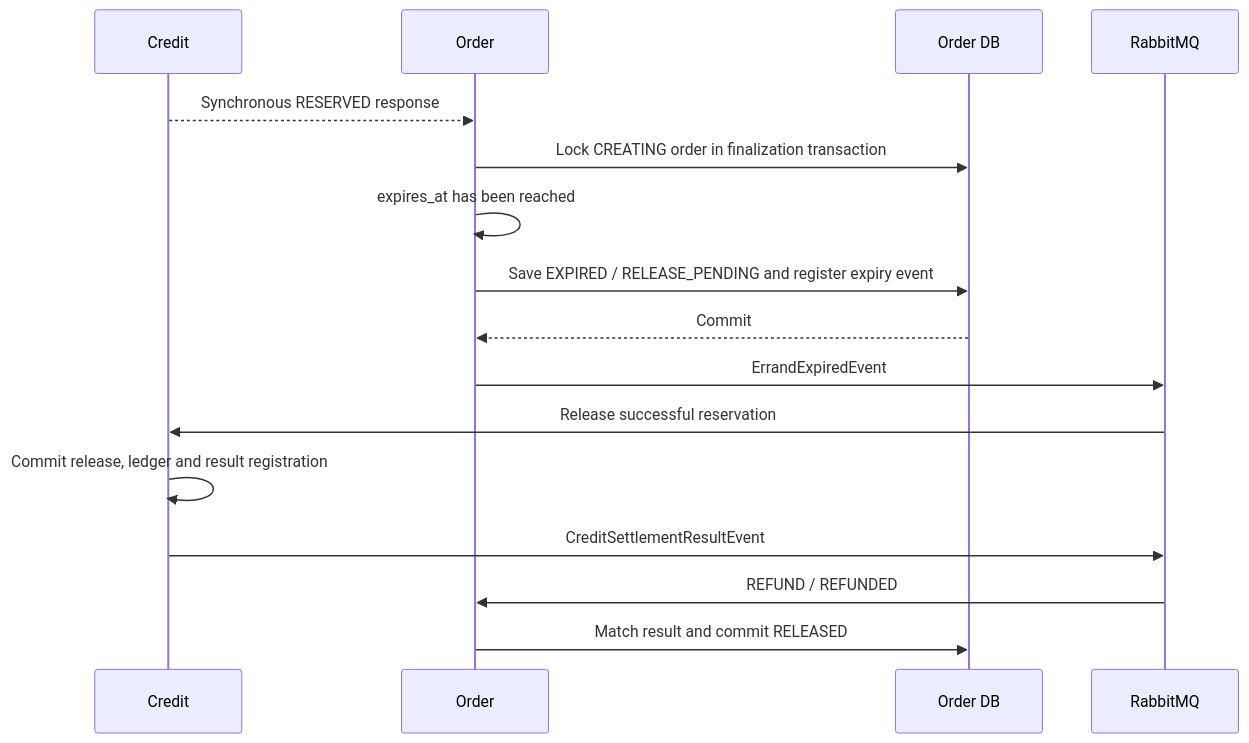
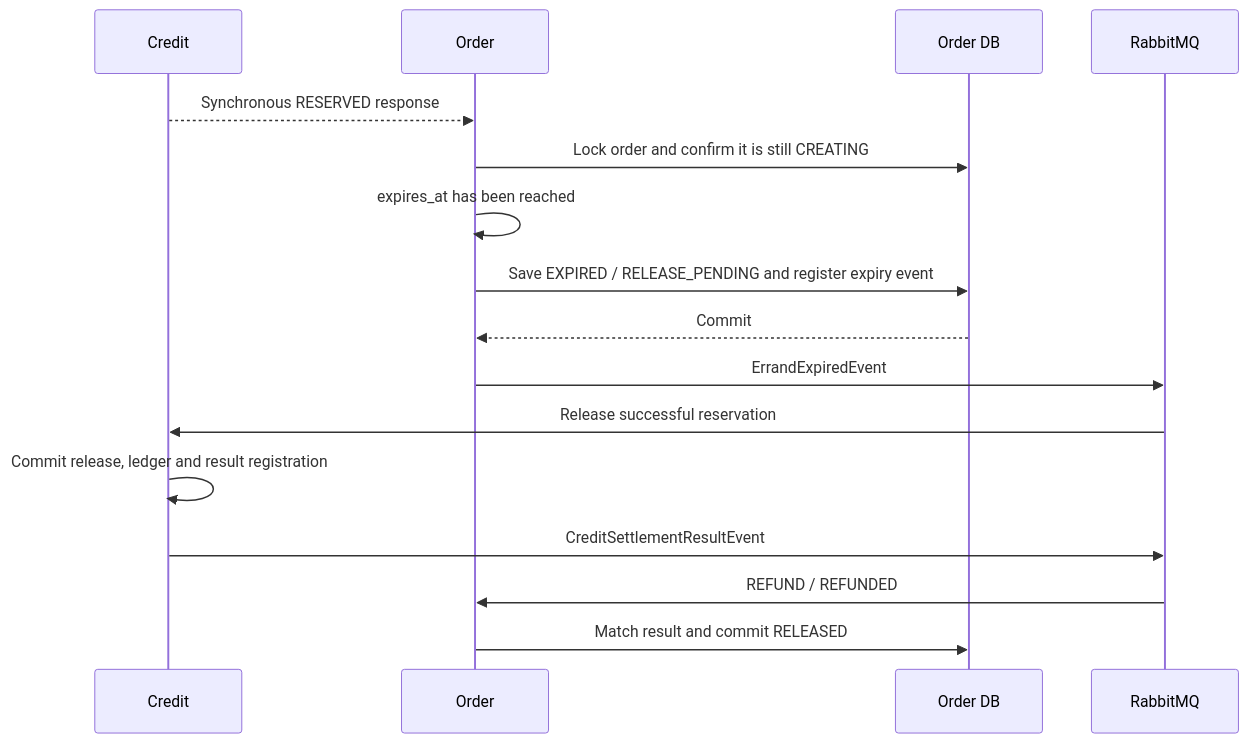
One commit to AY2627S1-CS3219-P24/FoC changed diagram 12 of 16 in order-service/README.md. Above: the diagram before and after it, drawn with Mermaid. The commit also changed other lines of this file and 5 other files, not shown here.

````diff
--- a/order-service/README.md
+++ b/order-service/README.md
@@ -351,18 +366,18 @@
 ```mermaid
 sequenceDiagram
     participant Credit
     participant Order
     participant DB as Order DB
     participant MQ as RabbitMQ
     Credit-->>Order: Synchronous RESERVED response
-    Order->>DB: Lock CREATING order in finalization transaction
+    Order->>DB: Lock order and confirm it is still CREATING
     Order->>Order: expires_at has been reached
     Order->>DB: Save EXPIRED / RELEASE_PENDING and register expiry event
     DB-->>Order: Commit
     Order->>MQ: ErrandExpiredEvent
     MQ->>Credit: Release successful reservation
     Credit->>Credit: Commit release, ledger and result registration
     Credit->>MQ: CreditSettlementResultEvent
     MQ->>Order: REFUND / REFUNDED
     Order->>DB: Match result and commit RELEASED
 ```
````
